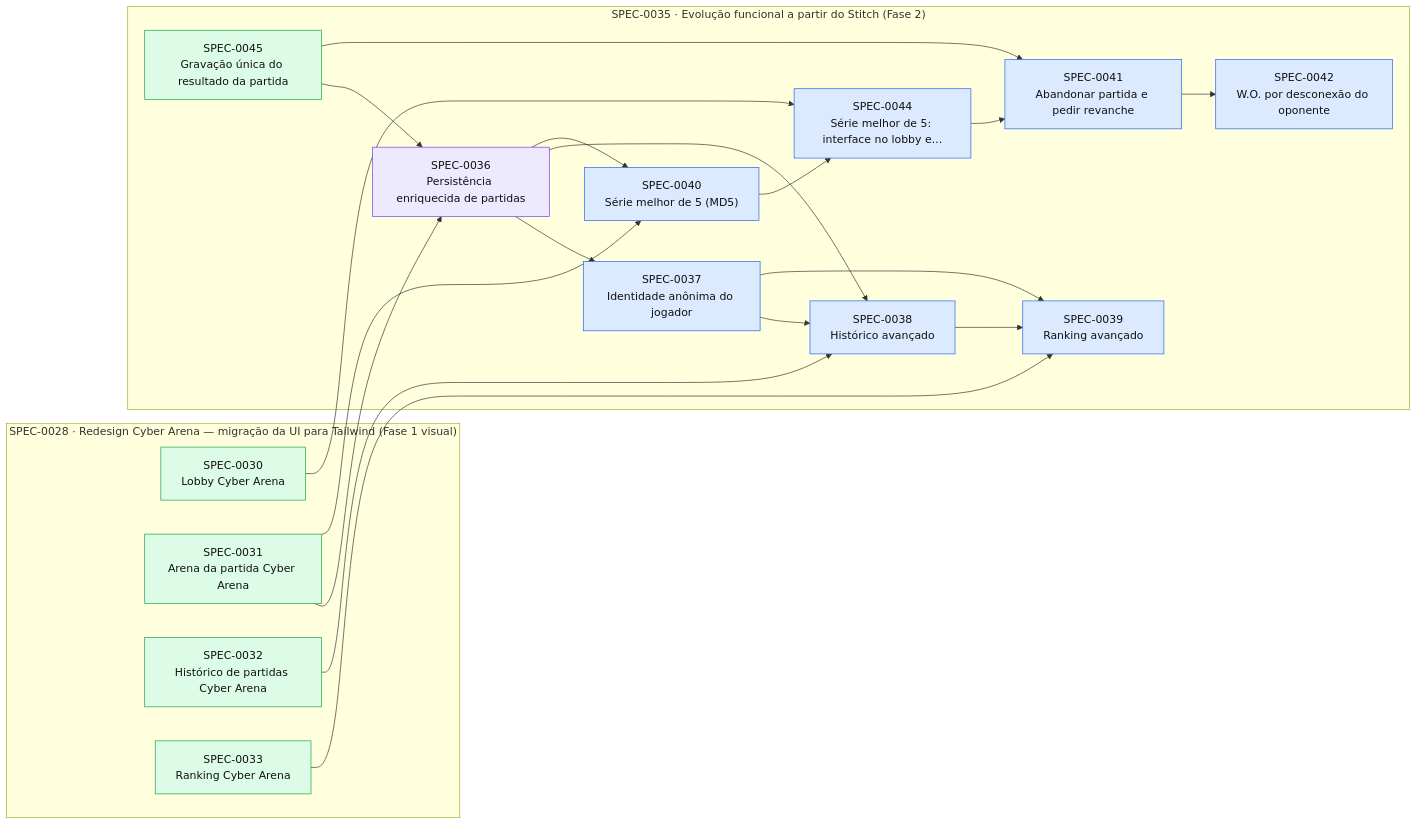
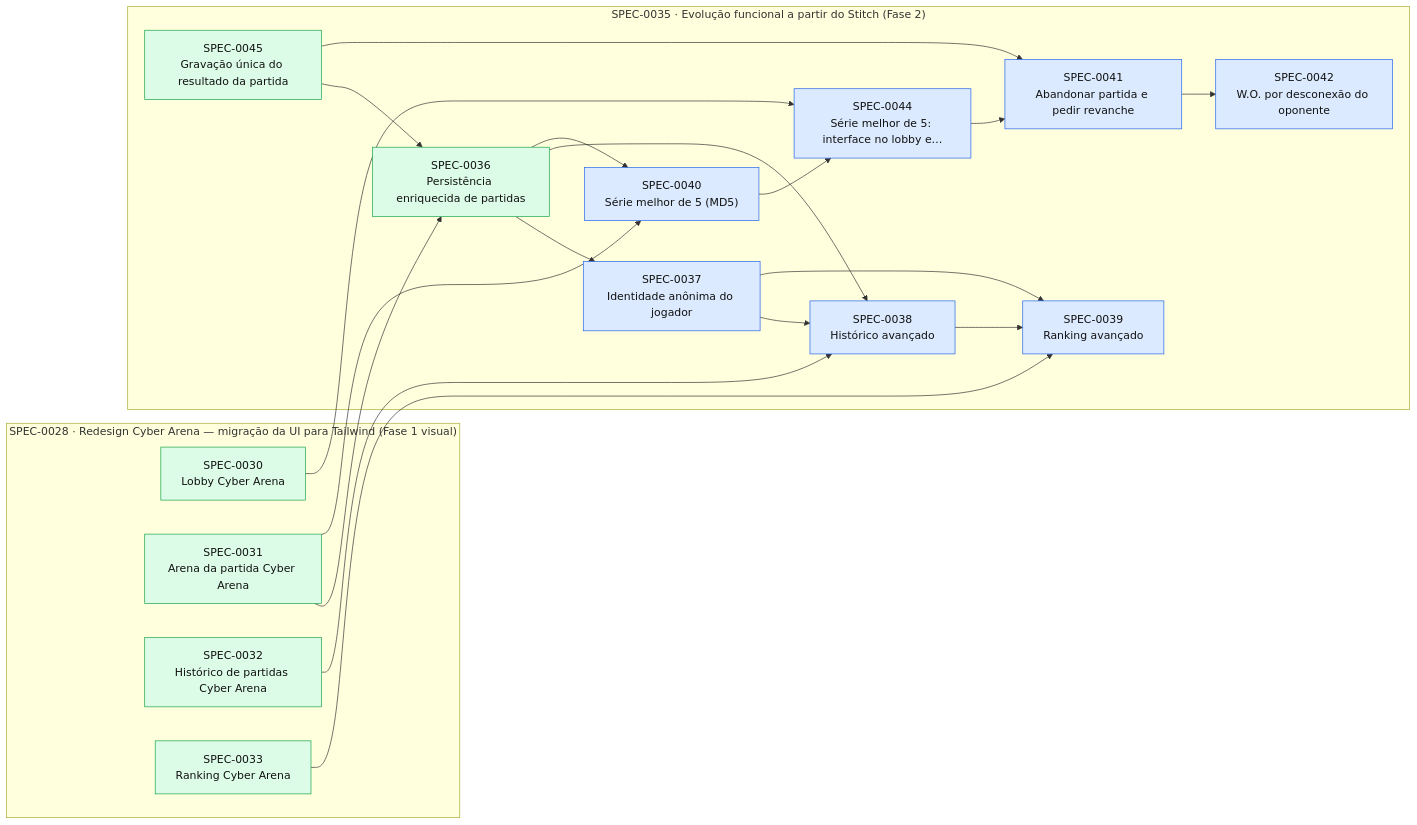
Before and after one commit to thomasravache/jogo-da-velha-multiplayer: the diagram in docs/specs/INDEX.md, drawn with Mermaid. The commit also changed other lines of this file and 2 other files, not shown here.

First line of the commit message:
docs(specs): fechar SPEC-0036 (G6 N/A, G7)

````diff
--- a/docs/specs/INDEX.md
+++ b/docs/specs/INDEX.md
@@ -43,41 +42,41 @@
 ```mermaid
 flowchart LR
   subgraph E0028["SPEC-0028 · Redesign Cyber Arena — migração da UI para Tailwind (Fase 1 visual)"]
     S0030["SPEC-0030<br/>Lobby Cyber Arena"]:::implemented
     S0031["SPEC-0031<br/>Arena da partida Cyber Arena"]:::implemented
     S0032["SPEC-0032<br/>Histórico de partidas Cyber Arena"]:::implemented
     S0033["SPEC-0033<br/>Ranking Cyber Arena"]:::implemented
   end
   subgraph E0035["SPEC-0035 · Evolução funcional a partir do Stitch (Fase 2)"]
-    S0036["SPEC-0036<br/>Persistência enriquecida de partidas"]:::inprogress
+    S0036["SPEC-0036<br/>Persistência enriquecida de partidas"]:::implemented
     S0037["SPEC-0037<br/>Identidade anônima do jogador"]:::approved
     S0038["SPEC-0038<br/>Histórico avançado"]:::approved
     S0039["SPEC-0039<br/>Ranking avançado"]:::approved
     S0040["SPEC-0040<br/>Série melhor de 5 (MD5)"]:::approved
     S0041["SPEC-0041<br/>Abandonar partida e pedir revanche"]:::approved
     S0042["SPEC-0042<br/>W.O. por desconexão do oponente"]:::approved
     S0044["SPEC-0044<br/>Série melhor de 5: interface no lobby e…"]:::approved
     S0045["SPEC-0045<br/>Gravação única do resultado da partida"]:::implemented
   end
   S0031 --> S0036
   S0045 --> S0036
   S0036 --> S0037
   S0032 --> S0038
   S0036 --> S0038
   S0037 --> S0038
   S0033 --> S0039
   S0037 --> S0039
   S0038 --> S0039
   S0031 --> S0040
   S0036 --> S0040
   S0044 --> S0041
   S0045 --> S0041
   S0041 --> S0042
   S0030 --> S0044
   S0040 --> S0044
   classDef proposed fill:#fef3c7,stroke:#d97706,color:#111
   classDef approved fill:#dbeafe,stroke:#2563eb,color:#111
   classDef inprogress fill:#ede9fe,stroke:#7c3aed,color:#111
   classDef implemented fill:#dcfce7,stroke:#16a34a,color:#111
   classDef deprecated fill:#f3f4f6,stroke:#9ca3af,color:#6b7280
 ```
````
